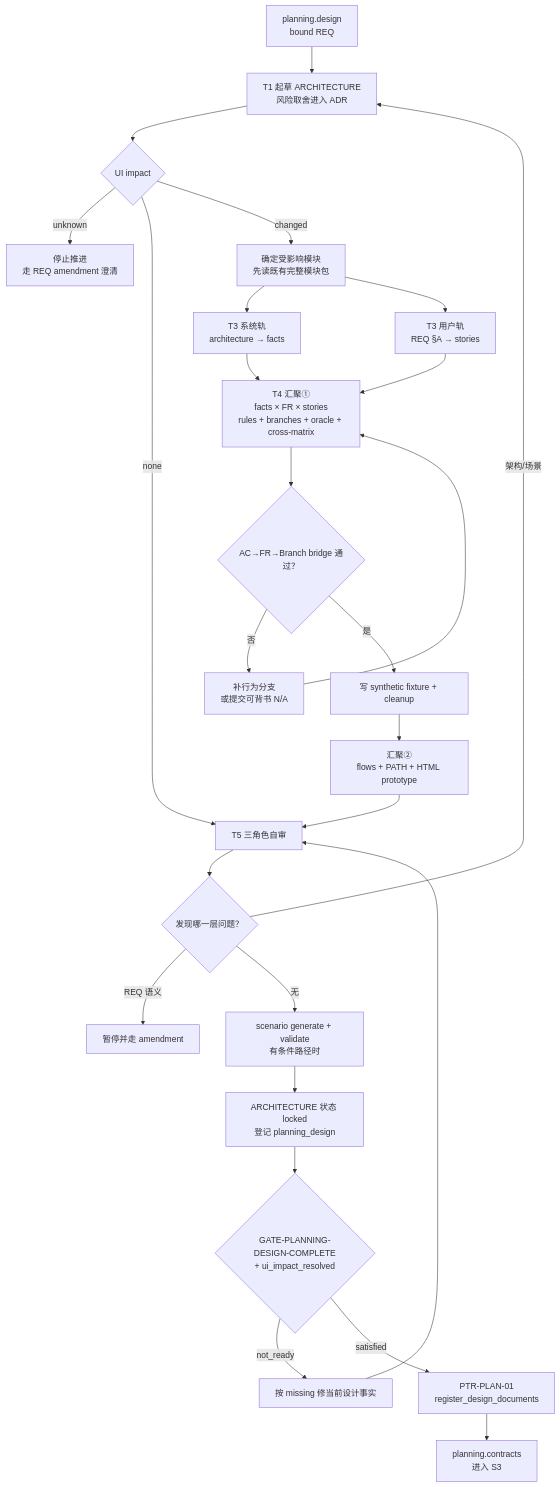
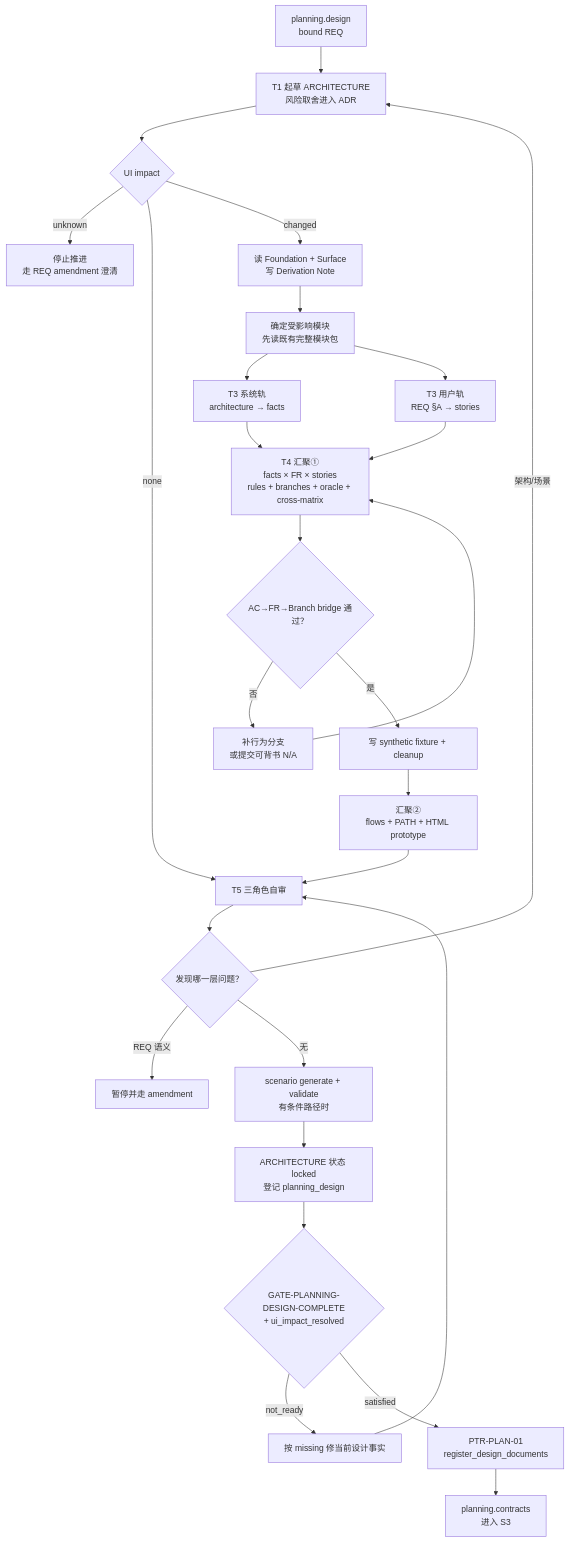
The second of 2 diagrams in blueprint/L3-S2-design.md (entroforge/go-system-builder), drawn with Mermaid before and after one commit. The commit also changed other lines of this file and 58 other files, not shown here.

````diff
--- a/blueprint/L3-S2-design.md
+++ b/blueprint/L3-S2-design.md
@@ -98,30 +98,31 @@
 ```mermaid
 flowchart TD
     IN["planning.design<br/>bound REQ"] --> ARCH["T1 起草 ARCHITECTURE<br/>风险取舍进入 ADR"]
     ARCH --> UI{"UI impact"}
     UI -->|unknown| STOP["停止推进<br/>走 REQ amendment 澄清"]
     UI -->|none| REVIEW["T5 三角色自审"]
-    UI -->|changed| MODULES["确定受影响模块<br/>先读既有完整模块包"]
+    UI -->|changed| DERIVE["读 Foundation + Surface<br/>写 Derivation Note"]
+    DERIVE --> MODULES["确定受影响模块<br/>先读既有完整模块包"]
 
     MODULES --> SYS["T3 系统轨<br/>architecture → facts"]
     MODULES --> USER["T3 用户轨<br/>REQ §A → stories"]
     SYS --> CONV1["T4 汇聚①<br/>facts × FR × stories<br/>rules + branches + oracle + cross-matrix"]
     USER --> CONV1
     CONV1 --> BRIDGE{"AC→FR→Branch bridge 通过？"}
     BRIDGE -->|否| FIX1["补行为分支<br/>或提交可背书 N/A"]
     FIX1 --> CONV1
     BRIDGE -->|是| FIXTURE["写 synthetic fixture + cleanup"]
     FIXTURE --> CONV2["汇聚②<br/>flows + PATH + HTML prototype"]
     CONV2 --> REVIEW
 
     REVIEW --> DEFECT{"发现哪一层问题？"}
     DEFECT -->|REQ 语义| PAUSE["暂停并走 amendment"]
     DEFECT -->|架构/场景| ARCH
     DEFECT -->|无| GEN["scenario generate + validate<br/>有条件路径时"]
     GEN --> LOCK["ARCHITECTURE 状态 locked<br/>登记 planning_design"]
     LOCK --> GATE{"GATE-PLANNING-DESIGN-COMPLETE<br/>+ ui_impact_resolved"}
     GATE -->|not_ready| REPAIR["按 missing 修当前设计事实"]
     REPAIR --> REVIEW
     GATE -->|satisfied| PTR["PTR-PLAN-01<br/>register_design_documents"]
     PTR --> S3["planning.contracts<br/>进入 S3"]
 ```
````
